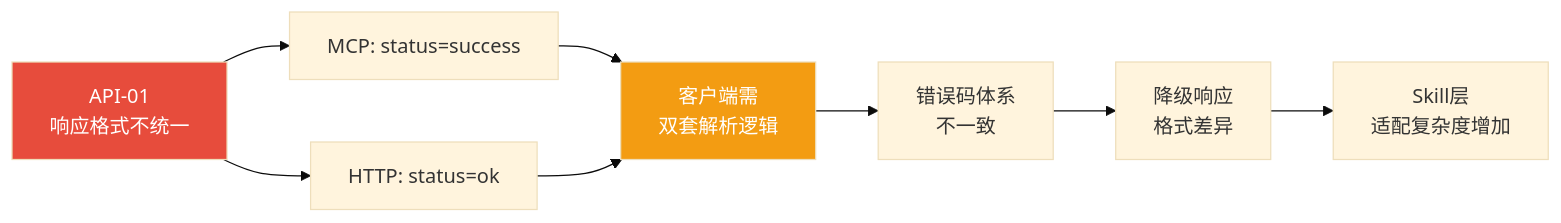
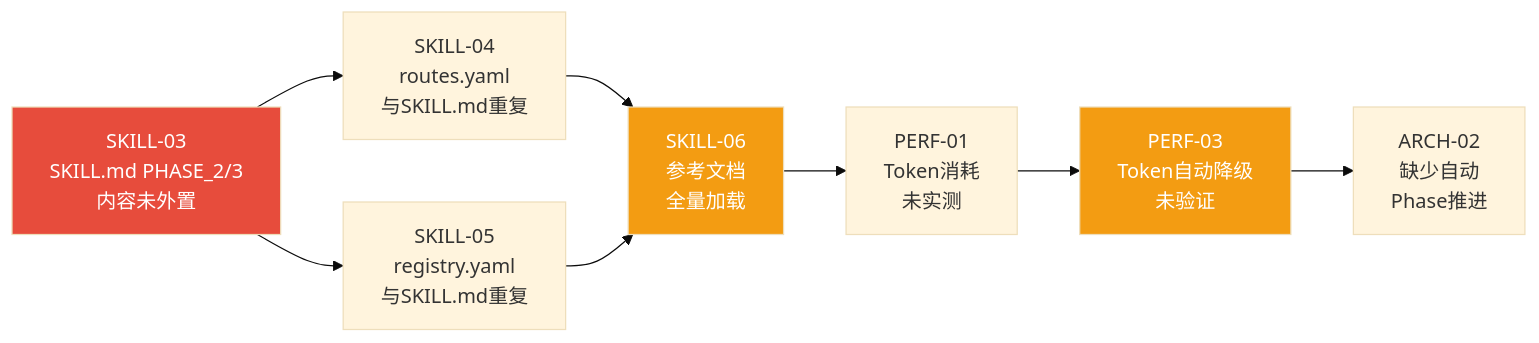
The fourth of 12 diagrams in docs/plan/REFACTOR_PLAN.md (xuanyuanchumo/xuansto), drawn with Mermaid (base theme) before and after one commit. The commit also changed other lines of this file and 34 other files, not shown here.

````diff
--- a/docs/plan/REFACTOR_PLAN.md
+++ b/docs/plan/REFACTOR_PLAN.md
@@ -208,13 +241,14 @@
 ```mermaid
 graph LR
-    A["API-01<br/>响应格式不统一"] --> B["MCP: status=success"]
-    A --> C["HTTP: status=ok"]
-    B --> D["客户端需<br/>双套解析逻辑"]
+    A["SKILL-03<br/>SKILL.md PHASE_2/3<br/>内容未外置"] --> B["SKILL-04<br/>routes.yaml<br/>与SKILL.md重复"]
+    A --> C["SKILL-05<br/>registry.yaml<br/>与SKILL.md重复"]
+    B --> D["SKILL-06<br/>参考文档<br/>全量加载"]
     C --> D
-    D --> E["错误码体系<br/>不一致"]
-    E --> F["降级响应<br/>格式差异"]
-    F --> G["Skill层<br/>适配复杂度增加"]
+    D --> E["PERF-01<br/>Token消耗<br/>未实测"]
+    E --> F["PERF-03<br/>Token自动降级<br/>未验证"]
+    F --> G["ARCH-02<br/>缺少自动<br/>Phase推进"]
 
     style A fill:#e74c3c,color:#fff
     style D fill:#f39c12,color:#fff
+    style F fill:#f39c12,color:#fff
 ```
````
